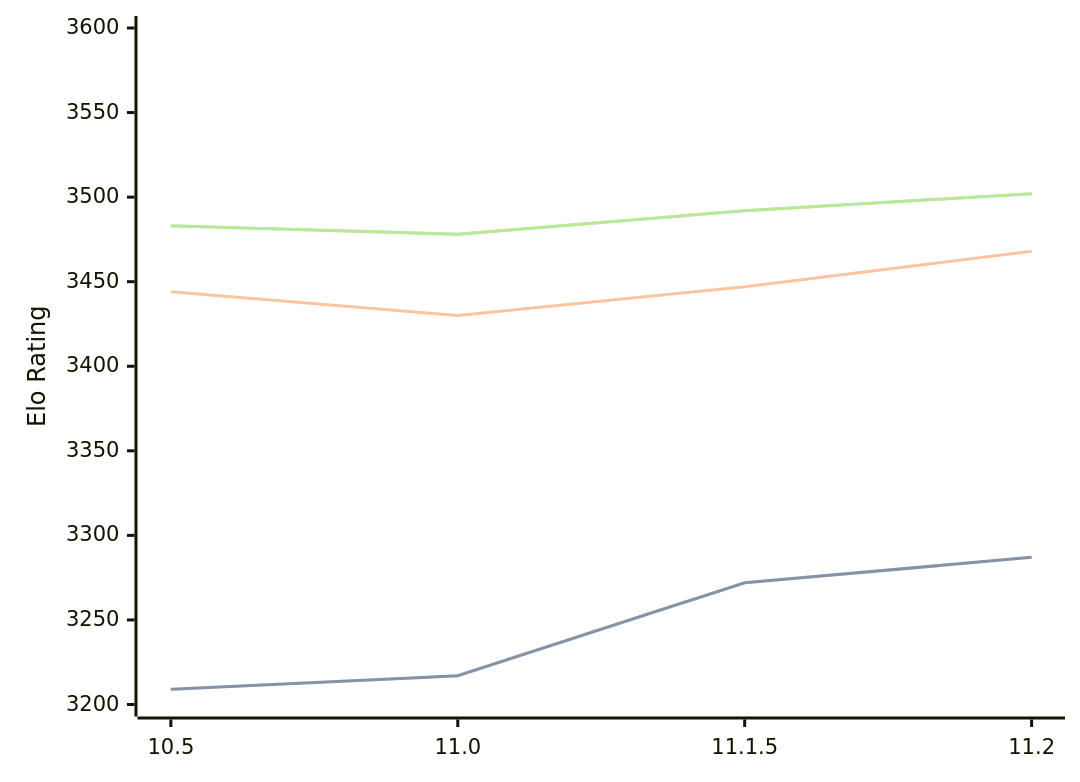
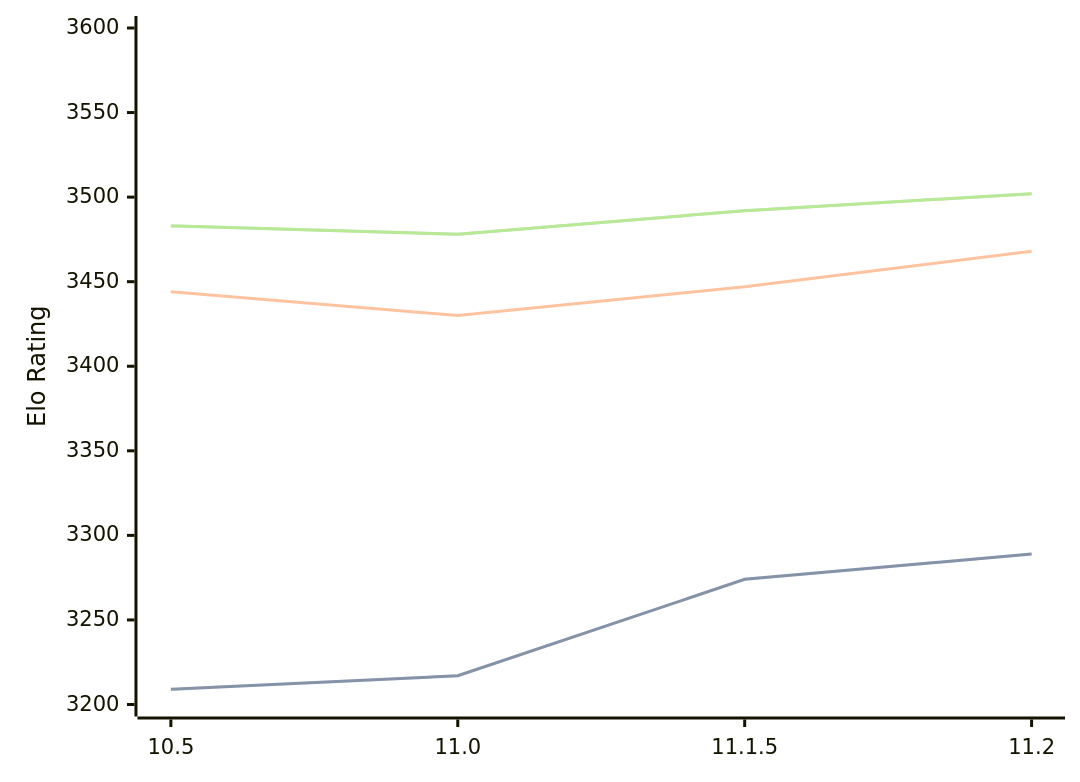
One commit to computer-chess-index/cci changed the first of 3 diagrams in engines/Lizard.md. Above: the diagram before and after it, drawn with Mermaid. The commit also changed other lines of this file, not shown here.

````diff
--- a/engines/Lizard.md
+++ b/engines/Lizard.md
@@ -46,11 +46,11 @@
 ```mermaid
 %%{init: {"theme":"base","themeVariables":{"seriesColors:['#a3a3a3','#222221','#faa371']}}}%%
 xychart-beta
   x-axis ["10.5", "11.0", "11.1.5", "11.2"]
   y-axis "Elo Rating" 3200 --> 3600
-  line "STC (8.0+0.08s)" [3209, 3217, 3272, 3287]
-  line "STC (8.0+0.08s)" [3209, 3217, 3272, 3287]
+  line "STC (8.0+0.08s)" [3209, 3217, 3274, 3289]
+  line "STC (8.0+0.08s)" [3209, 3217, 3274, 3289]
   line "LTC (60.0+0.60s)" [3444, 3430, 3447, 3468]
   line "VLTC (2m24s+1.12s)" [3483, 3478, 3492, 3502]
   line "VLTC (2m24s+1.12s)" [3483, 3478, 3492, 3502]
 ```
````
